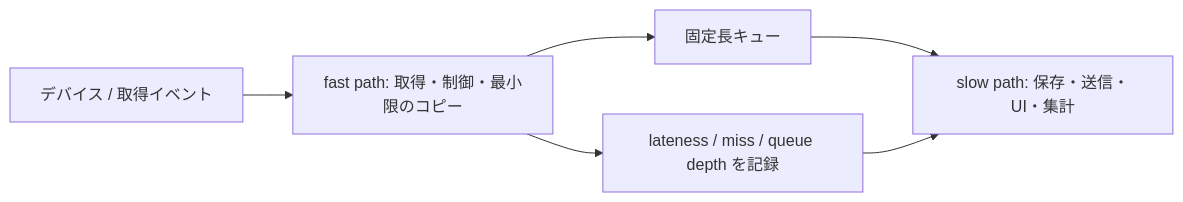
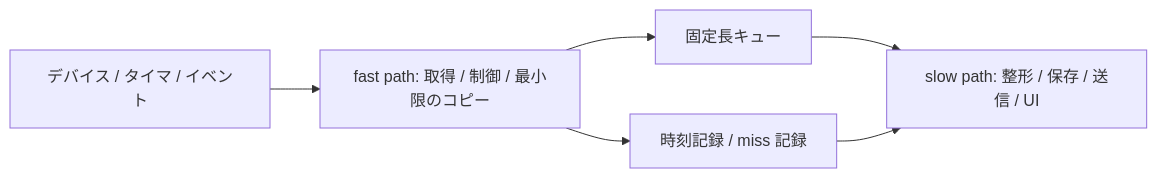
One commit to gomurin0428/KomuraSoftWeb changed the fourth of 7 diagrams in _posts/2026-03-09-000-windows-soft-realtime-practical-guide-natural.md. Above: the diagram before and after it, drawn with Mermaid. The commit also changed other lines of this file, not shown here.

````diff
--- a/_posts/2026-03-09-000-windows-soft-realtime-practical-guide-natural.md
+++ b/_posts/2026-03-09-000-windows-soft-realtime-practical-guide-natural.md
@@ -291,8 +235,8 @@
 ```mermaid
 flowchart LR
-    Input["デバイス / 取得イベント"] --> Fast["fast path: 取得・制御・最小限のコピー"]
-    Fast --> Queue["固定長キュー"]
-    Queue --> Slow["slow path: 保存・送信・UI・集計"]
-    Fast --> Metrics["lateness / miss / queue depth を記録"]
-    Metrics --> Slow
+    dev["デバイス / タイマ / イベント"] --> fast["fast path: 取得 / 制御 / 最小限のコピー"]
+    fast --> queue["固定長キュー"]
+    queue --> slow["slow path: 整形 / 保存 / 送信 / UI"]
+    fast --> stat["時刻記録 / miss 記録"]
+    stat --> slow
 ```
````
